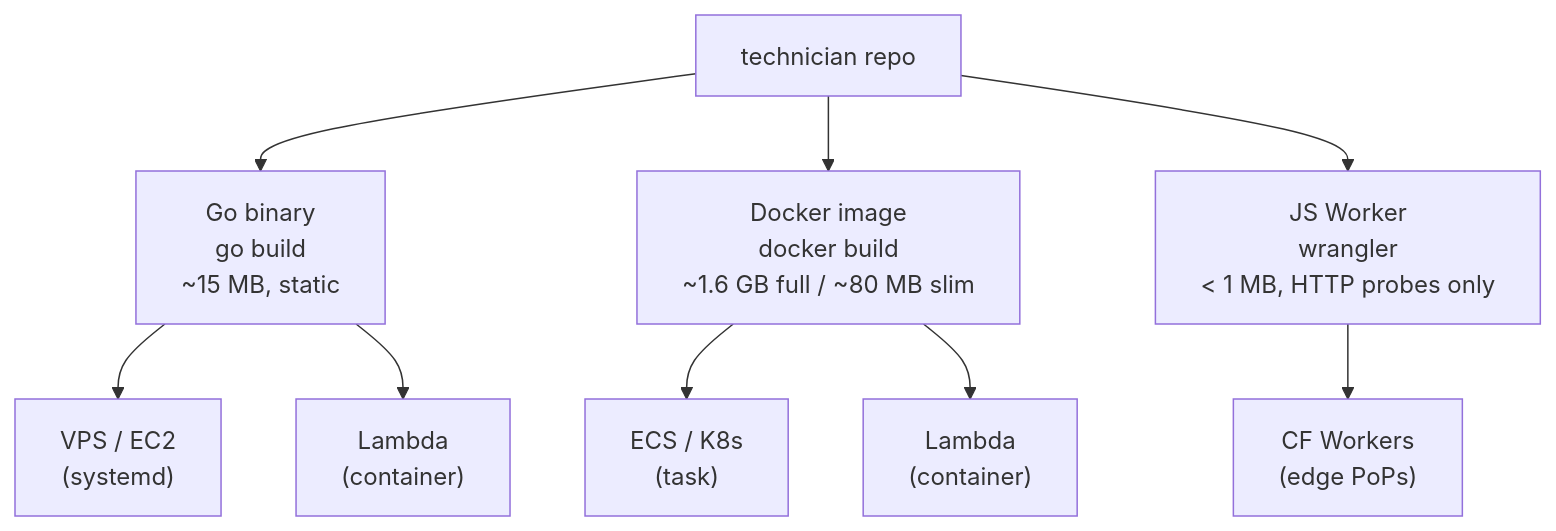
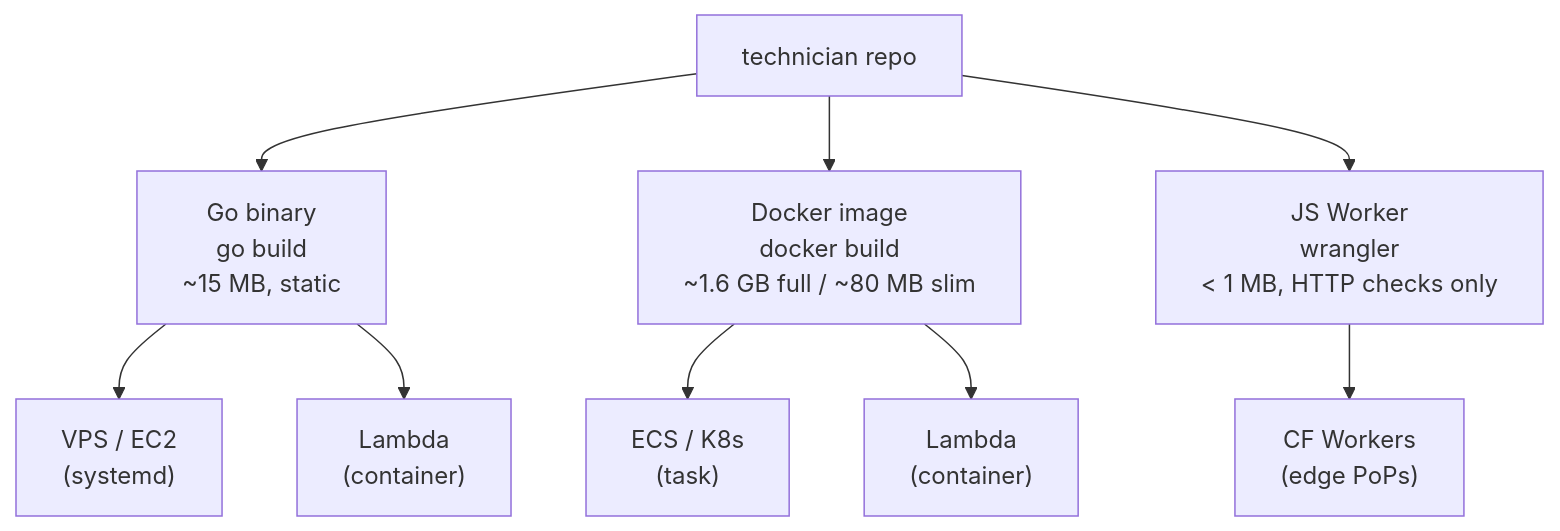
The second of 3 diagrams in docs/deployment-sizing.md (jesseheady/technician), drawn with Mermaid before and after one commit. The commit also changed other lines of this file and 139 other files, not shown here.

````diff
--- a/docs/deployment-sizing.md
+++ b/docs/deployment-sizing.md
@@ -171,12 +171,12 @@
 ```mermaid
 graph TD
     R["technician repo"] --> B["Go binary<br/>go build<br/>~15 MB, static"]
     R --> D["Docker image<br/>docker build<br/>~1.6 GB full / ~80 MB slim"]
-    R --> J["JS Worker<br/>wrangler<br/>< 1 MB, HTTP probes only"]
+    R --> J["JS Worker<br/>wrangler<br/>< 1 MB, HTTP checks only"]
 
     B --> VPS["VPS / EC2<br/>(systemd)"]
     B --> LAM1["Lambda<br/>(container)"]
     D --> ECS["ECS / K8s<br/>(task)"]
     D --> LAM2["Lambda<br/>(container)"]
     J --> CF["CF Workers<br/>(edge PoPs)"]
 ```
````
